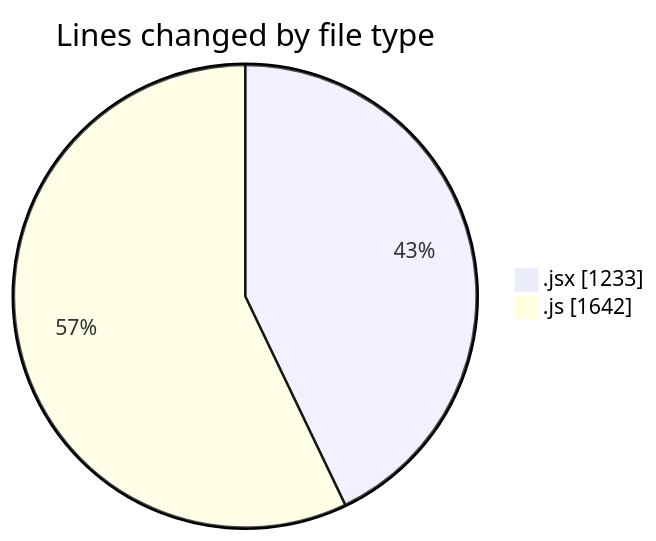
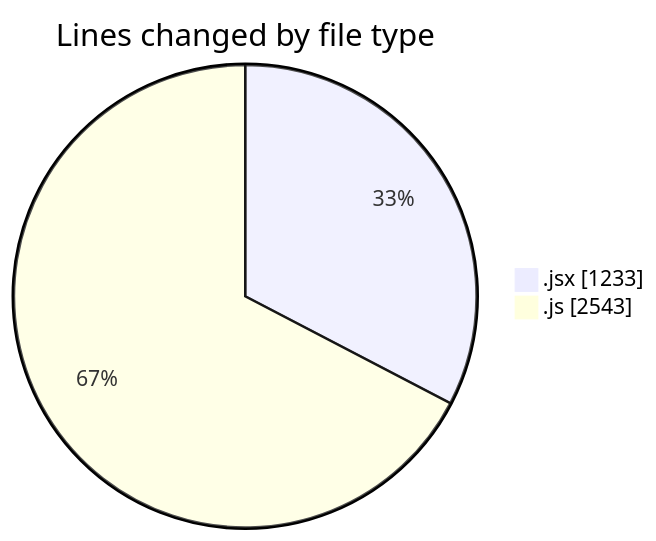
The first of 2 diagrams in 2025-07-25/nxtqube_webapp/README.md (nxtqubesakshisongat/code-tracking), drawn with Mermaid before and after one commit. The commit also changed other lines of this file and 1 other file, not shown here.

````diff
--- a/2025-07-25/nxtqube_webapp/README.md
+++ b/2025-07-25/nxtqube_webapp/README.md
@@ -30,6 +33,6 @@
 ```mermaid
 pie showData
 title Lines changed by file type
 ".jsx" : 1233
-".js" : 1642
+".js" : 2543
 ```
````
